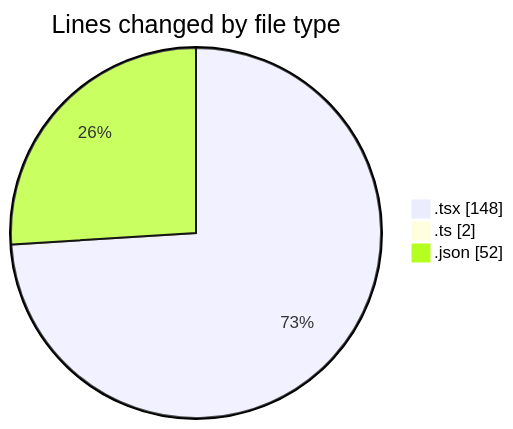
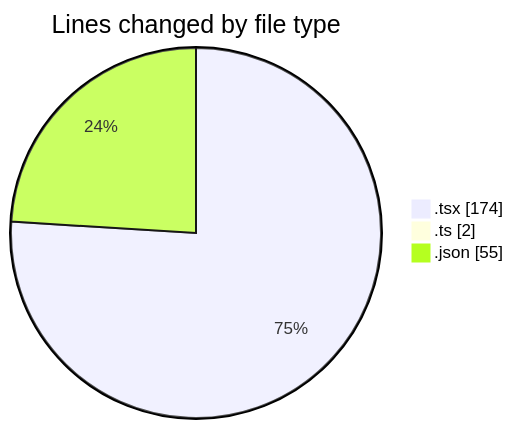
Before and after one commit to julien-gomy/code-tracking: the first of 2 diagrams in 2025-10-21/eventscop-frontend-guide__workspace_/README.md, drawn with Mermaid. The commit also changed other lines of this file and 1 other file, not shown here.

````diff
--- a/2025-10-21/eventscop-frontend-guide__workspace_/README.md
+++ b/2025-10-21/eventscop-frontend-guide__workspace_/README.md
@@ -26,7 +27,7 @@
 ```mermaid
 pie showData
 title Lines changed by file type
-".tsx" : 148
+".tsx" : 174
 ".ts" : 2
-".json" : 52
+".json" : 55
 ```
````
